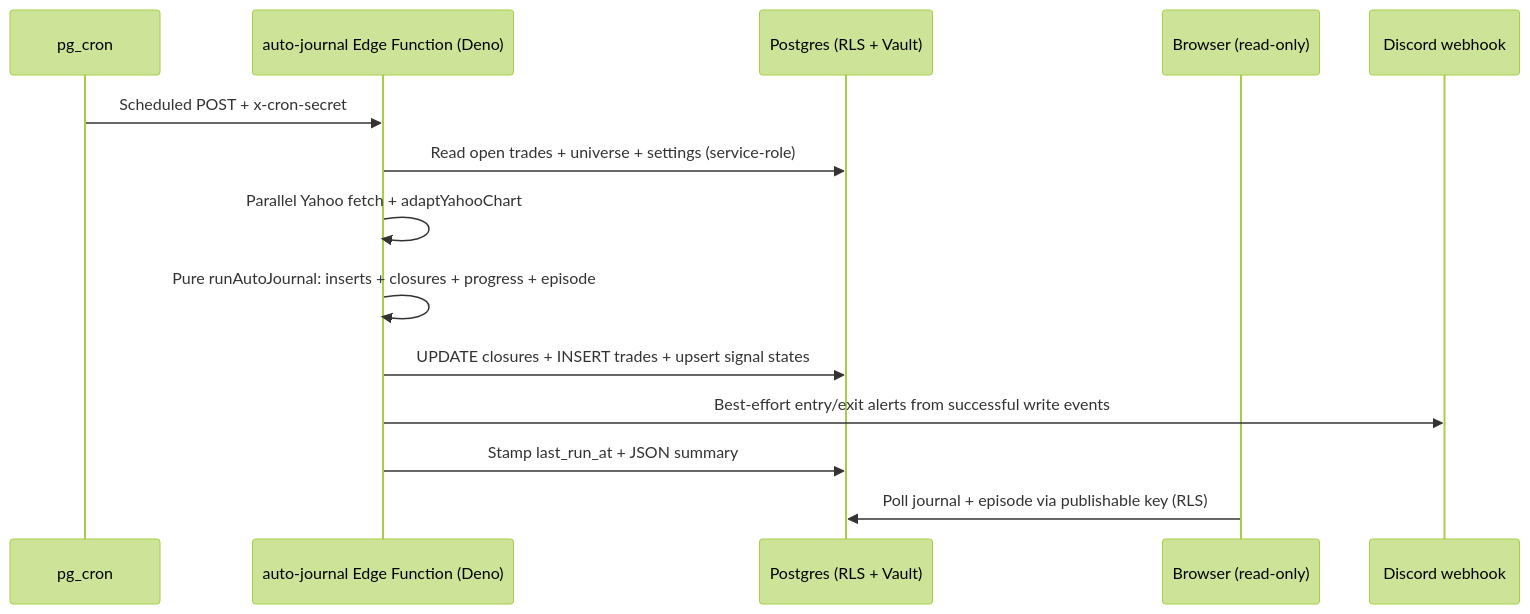
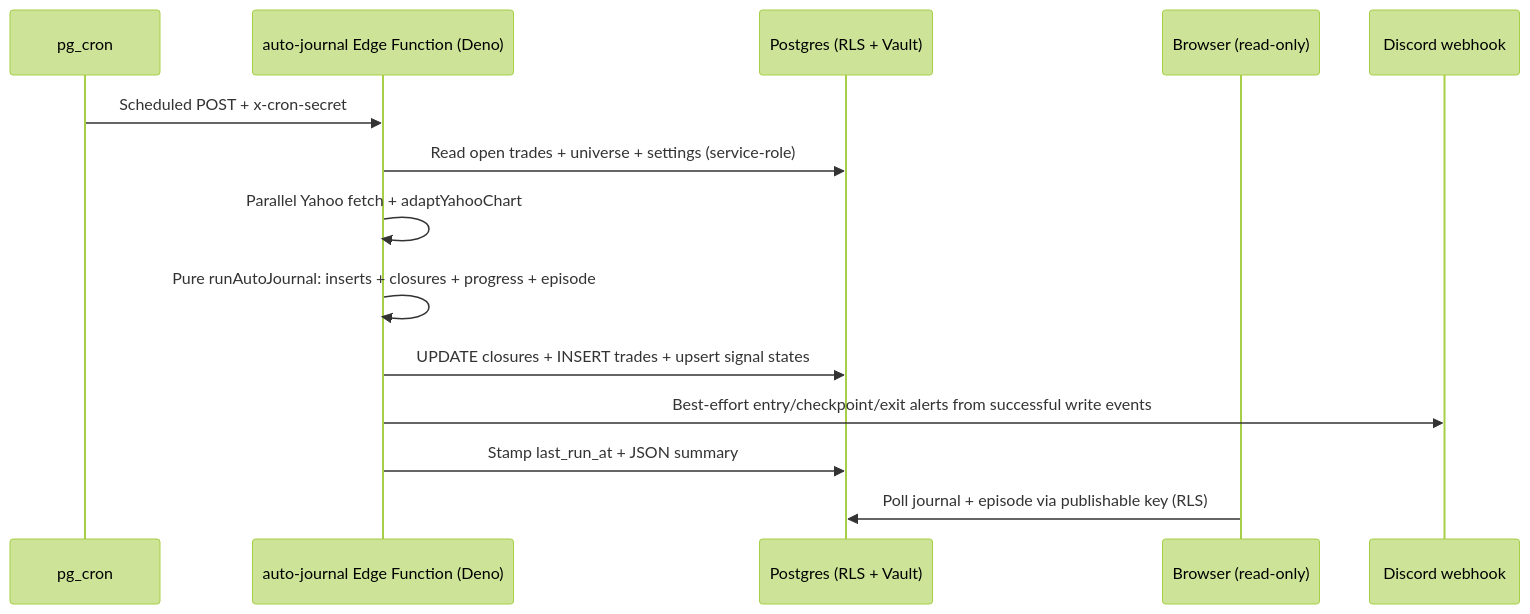
One commit to nail-nafir/react-rabalaba changed the second of 2 diagrams in docs/05-explainers/02-auto-journal-system-design.md. Above: the diagram before and after it, drawn with Mermaid (forest theme). The commit also changed other lines of this file and 37 other files, not shown here.

````diff
--- a/docs/05-explainers/02-auto-journal-system-design.md
+++ b/docs/05-explainers/02-auto-journal-system-design.md
@@ -170,16 +170,16 @@
 ```mermaid
 sequenceDiagram
   participant Cron as pg_cron
   participant Edge as auto-journal Edge Function (Deno)
   participant DB as Postgres (RLS + Vault)
   participant Web as Browser (read-only)
   participant DC as Discord webhook
   Cron->>Edge: Scheduled POST + x-cron-secret
   Edge->>DB: Read open trades + universe + settings (service-role)
   Edge->>Edge: Parallel Yahoo fetch + adaptYahooChart
   Edge->>Edge: Pure runAutoJournal: inserts + closures + progress + episode
   Edge->>DB: UPDATE closures + INSERT trades + upsert signal states
-  Edge->>DC: Best-effort entry/exit alerts from successful write events
+  Edge->>DC: Best-effort entry/checkpoint/exit alerts from successful write events
   Edge->>DB: Stamp last_run_at + JSON summary
   Web->>DB: Poll journal + episode via publishable key (RLS)
 ```
````
